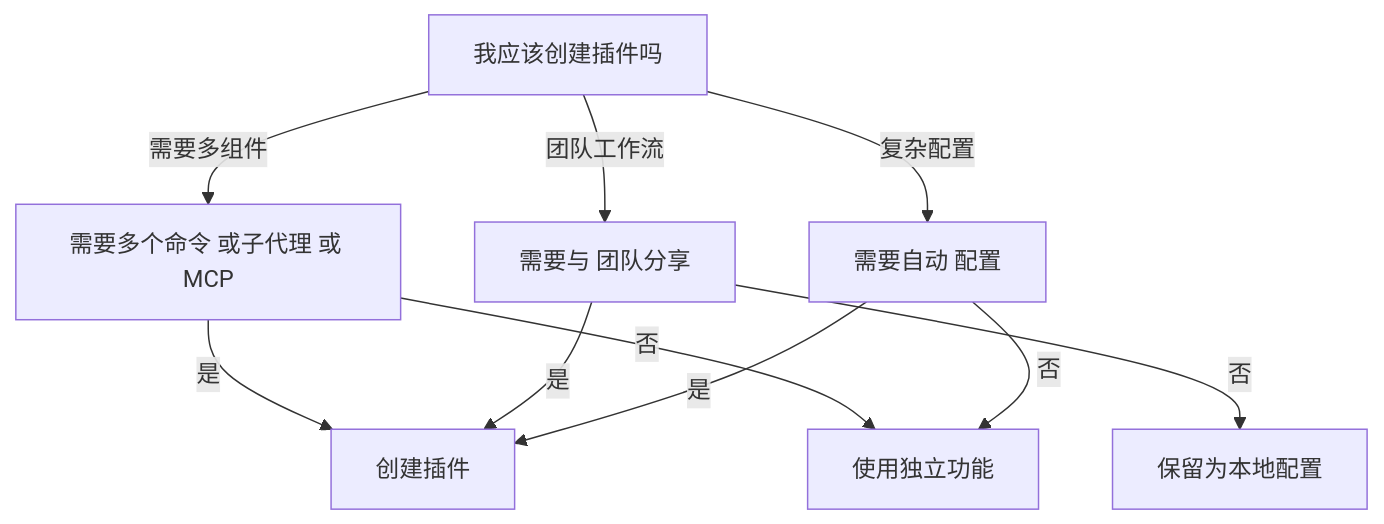
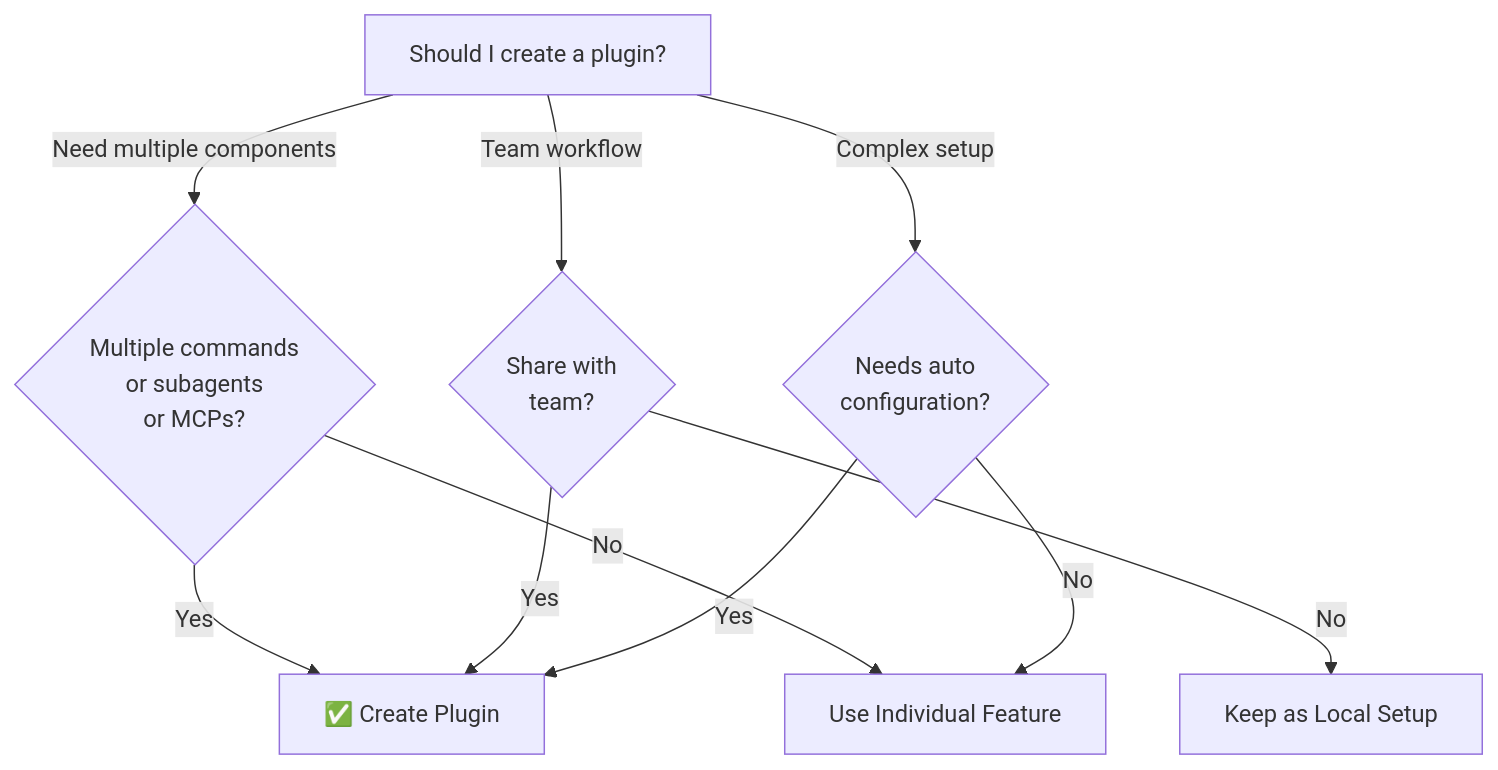
Before and after one commit to Rx782-Fss/claude-howto-zh: the fifth of 5 diagrams in claude-howto-zh/07-plugins/README.md, drawn with Mermaid. The commit also changed other lines of this file and 91 other files, not shown here.

````diff
--- a/claude-howto-zh/07-plugins/README.md
+++ b/claude-howto-zh/07-plugins/README.md
@@ -635,13 +726,13 @@
 ```mermaid
 graph TD
-    A["我应该创建插件吗"]
-    A -->|需要多组件| B["需要多个命令 或子代理 或 MCP"]
-    B -->|是| C[" 创建插件"]
-    B -->|否| D["使用独立功能"]
-    A -->|团队工作流| E["需要与 团队分享"]
-    E -->|是| C
-    E -->|否| F["保留为本地配置"]
-    A -->|复杂配置| G["需要自动 配置"]
-    G -->|是| C
-    G -->|否| D
+    A["Should I create a plugin?"]
+    A -->|Need multiple components| B{"Multiple commands<br/>or subagents<br/>or MCPs?"}
+    B -->|Yes| C["✅ Create Plugin"]
+    B -->|No| D["Use Individual Feature"]
+    A -->|Team workflow| E{"Share with<br/>team?"}
+    E -->|Yes| C
+    E -->|No| F["Keep as Local Setup"]
+    A -->|Complex setup| G{"Needs auto<br/>configuration?"}
+    G -->|Yes| C
+    G -->|No| D
 ```
````
